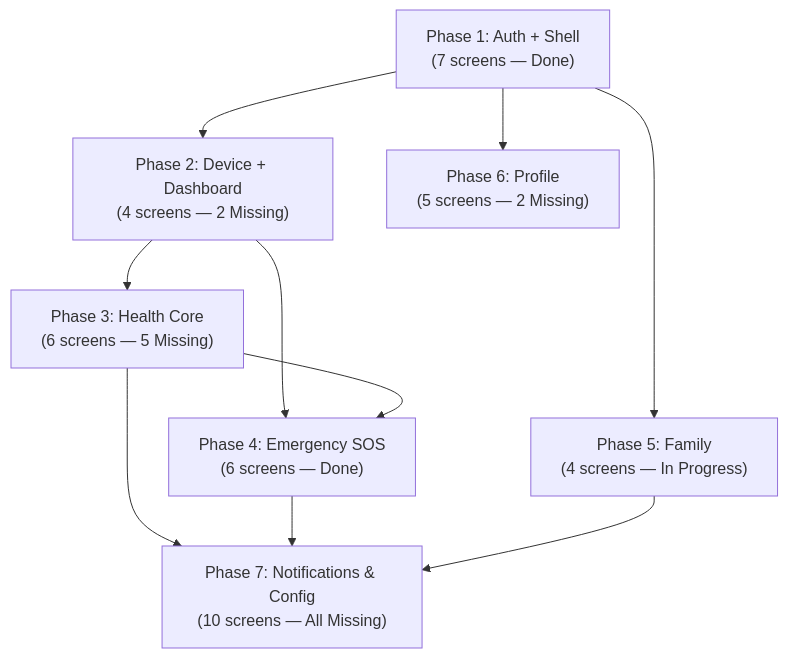
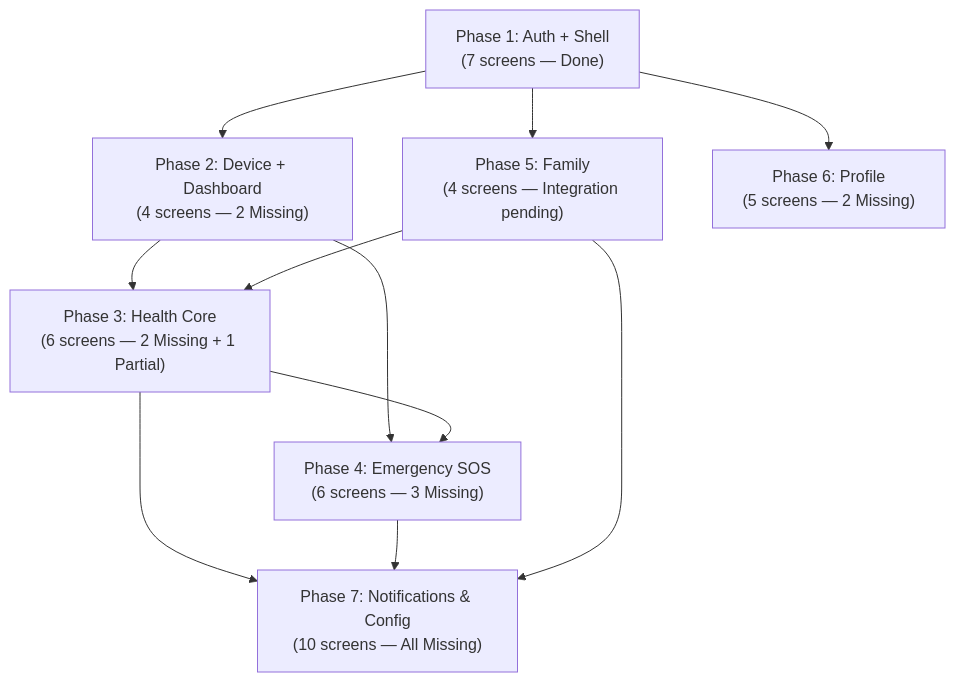
The diagram in REVIEW_MOBILE/BUILD_PHASES/README.md (manhthien2005/PM_REVIEW), drawn with Mermaid before and after one commit. The commit also changed other lines of this file and 52 other files, not shown here.

````diff
--- a/REVIEW_MOBILE/BUILD_PHASES/README.md
+++ b/REVIEW_MOBILE/BUILD_PHASES/README.md
@@ -10,20 +10,21 @@
 ```mermaid
 flowchart TD
     P1_Auth["Phase 1: Auth + Shell\n(7 screens — Done)"]
     P2_Device["Phase 2: Device + Dashboard\n(4 screens — 2 Missing)"]
-    P3_Health["Phase 3: Health Core\n(6 screens — 5 Missing)"]
-    P4_Emergency["Phase 4: Emergency SOS\n(6 screens — Done)"]
-    P5_Family["Phase 5: Family\n(4 screens — In Progress)"]
+    P3_Health["Phase 3: Health Core\n(6 screens — 2 Missing + 1 Partial)"]
+    P4_Emergency["Phase 4: Emergency SOS\n(6 screens — 3 Missing)"]
+    P5_Family["Phase 5: Family\n(4 screens — Integration pending)"]
     P6_Profile["Phase 6: Profile\n(5 screens — 2 Missing)"]
     P7_Notif["Phase 7: Notifications & Config\n(10 screens — All Missing)"]
 
     P1_Auth --> P2_Device
     P2_Device --> P3_Health
     P2_Device --> P4_Emergency
     P3_Health --> P4_Emergency
     P1_Auth --> P5_Family
     P1_Auth --> P6_Profile
+    P5_Family --> P3_Health
     P3_Health --> P7_Notif
     P4_Emergency --> P7_Notif
     P5_Family --> P7_Notif
 ```
````
